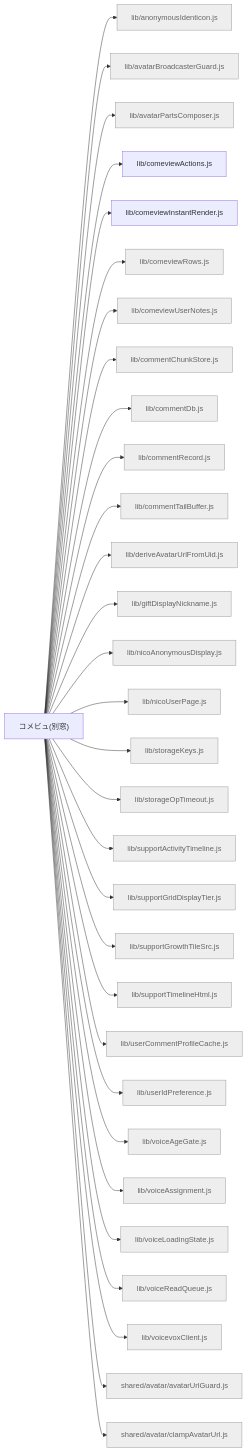
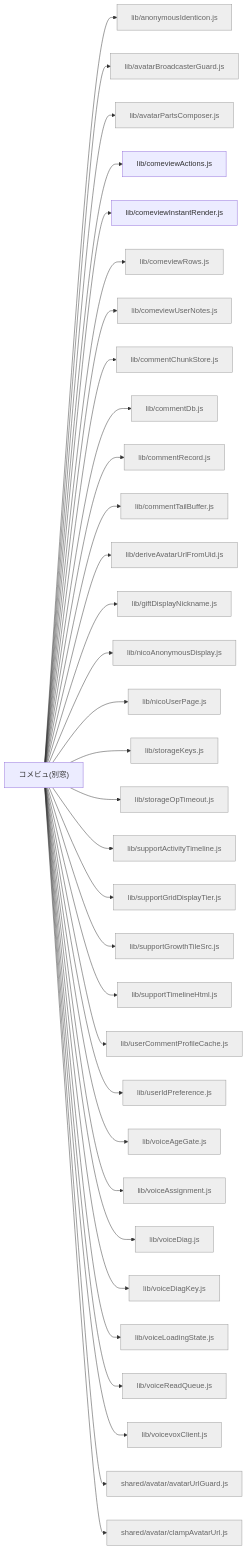
The diagram in docs/feature-map/comeview.md (kimito-link/tsuioku-no-kirameki.com), drawn with Mermaid before and after one commit. The commit also changed other lines of this file and 22 other files, not shown here.

````diff
--- a/docs/feature-map/comeview.md
+++ b/docs/feature-map/comeview.md
@@ -13,35 +13,37 @@
 ```mermaid
 graph LR
   n_comeview["コメビュ(別窓)"]
   n_comeview --> n_src_lib_anonymousIdenticon_js["lib/anonymousIdenticon.js"]:::shared
   n_comeview --> n_src_lib_avatarBroadcasterGuard_js["lib/avatarBroadcasterGuard.js"]:::shared
   n_comeview --> n_src_lib_avatarPartsComposer_js["lib/avatarPartsComposer.js"]:::shared
   n_comeview --> n_src_lib_comeviewActions_js["lib/comeviewActions.js"]
   n_comeview --> n_src_lib_comeviewInstantRender_js["lib/comeviewInstantRender.js"]
   n_comeview --> n_src_lib_comeviewRows_js["lib/comeviewRows.js"]:::shared
   n_comeview --> n_src_lib_comeviewUserNotes_js["lib/comeviewUserNotes.js"]:::shared
   n_comeview --> n_src_lib_commentChunkStore_js["lib/commentChunkStore.js"]:::shared
   n_comeview --> n_src_lib_commentDb_js["lib/commentDb.js"]:::shared
   n_comeview --> n_src_lib_commentRecord_js["lib/commentRecord.js"]:::shared
   n_comeview --> n_src_lib_commentTailBuffer_js["lib/commentTailBuffer.js"]:::shared
   n_comeview --> n_src_lib_deriveAvatarUrlFromUid_js["lib/deriveAvatarUrlFromUid.js"]:::shared
   n_comeview --> n_src_lib_giftDisplayNickname_js["lib/giftDisplayNickname.js"]:::shared
   n_comeview --> n_src_lib_nicoAnonymousDisplay_js["lib/nicoAnonymousDisplay.js"]:::shared
   n_comeview --> n_src_lib_nicoUserPage_js["lib/nicoUserPage.js"]:::shared
   n_comeview --> n_src_lib_storageKeys_js["lib/storageKeys.js"]:::shared
   n_comeview --> n_src_lib_storageOpTimeout_js["lib/storageOpTimeout.js"]:::shared
   n_comeview --> n_src_lib_supportActivityTimeline_js["lib/supportActivityTimeline.js"]:::shared
   n_comeview --> n_src_lib_supportGridDisplayTier_js["lib/supportGridDisplayTier.js"]:::shared
   n_comeview --> n_src_lib_supportGrowthTileSrc_js["lib/supportGrowthTileSrc.js"]:::shared
   n_comeview --> n_src_lib_supportTimelineHtml_js["lib/supportTimelineHtml.js"]:::shared
   n_comeview --> n_src_lib_userCommentProfileCache_js["lib/userCommentProfileCache.js"]:::shared
   n_comeview --> n_src_lib_userIdPreference_js["lib/userIdPreference.js"]:::shared
   n_comeview --> n_src_lib_voiceAgeGate_js["lib/voiceAgeGate.js"]:::shared
   n_comeview --> n_src_lib_voiceAssignment_js["lib/voiceAssignment.js"]:::shared
+  n_comeview --> n_src_lib_voiceDiag_js["lib/voiceDiag.js"]:::shared
+  n_comeview --> n_src_lib_voiceDiagKey_js["lib/voiceDiagKey.js"]:::shared
   n_comeview --> n_src_lib_voiceLoadingState_js["lib/voiceLoadingState.js"]:::shared
   n_comeview --> n_src_lib_voiceReadQueue_js["lib/voiceReadQueue.js"]:::shared
   n_comeview --> n_src_lib_voicevoxClient_js["lib/voicevoxClient.js"]:::shared
   n_comeview --> n_src_shared_avatar_avatarUrlGuard_js["shared/avatar/avatarUrlGuard.js"]:::shared
   n_comeview --> n_src_shared_avatar_clampAvatarUrl_js["shared/avatar/clampAvatarUrl.js"]:::shared
   classDef shared fill:#eee,stroke:#999,color:#666;
 ```
````
